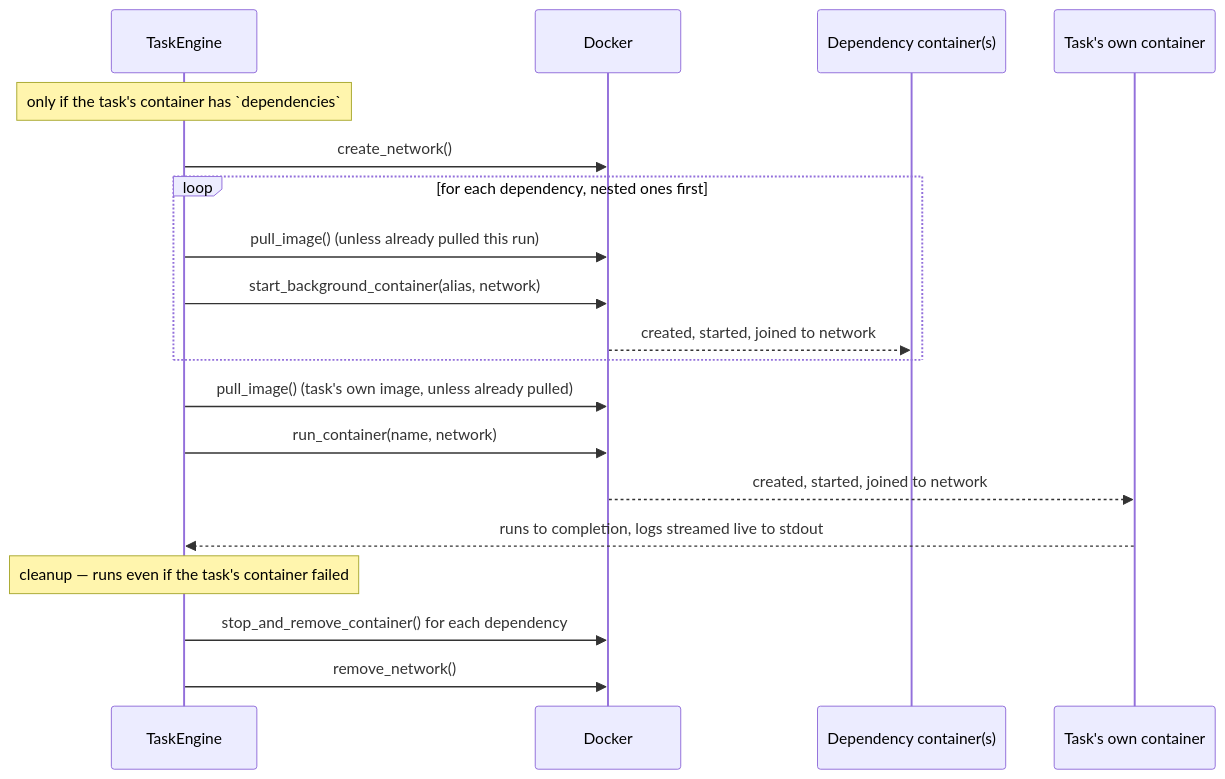
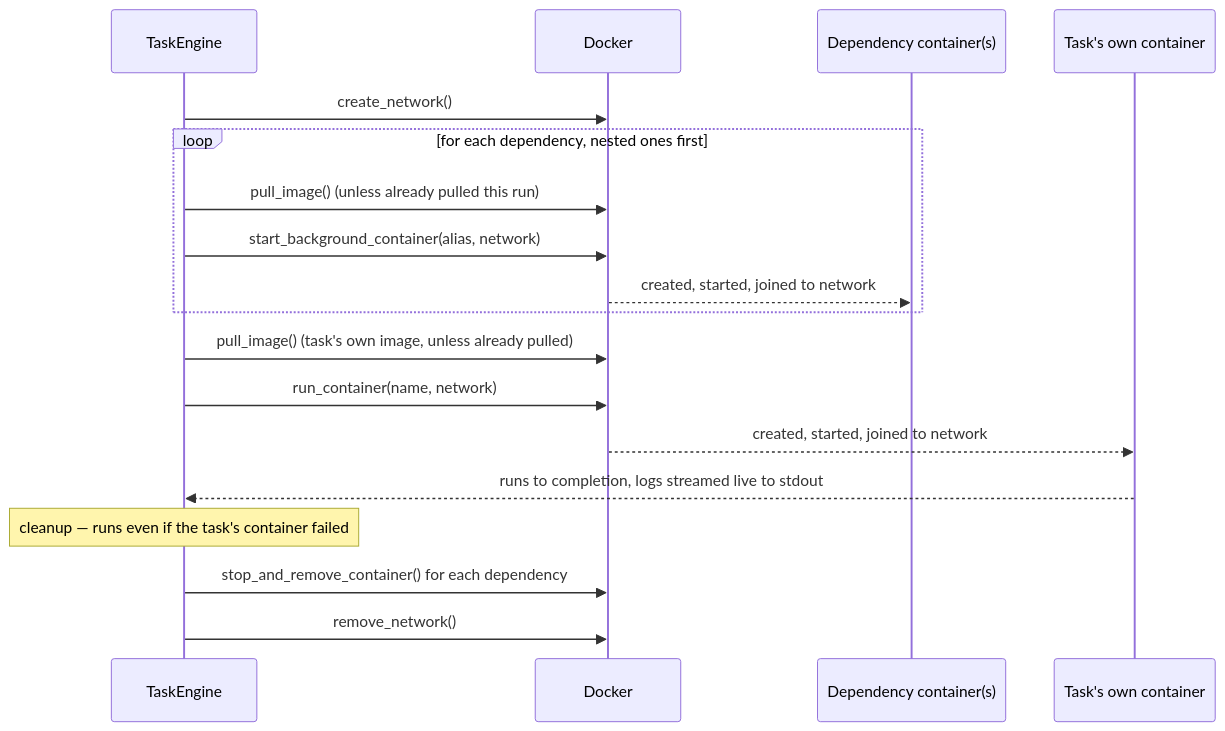
One commit to or1can/ratect changed the first of 2 diagrams in docs/task-lifecycle.md. Above: the diagram before and after it, drawn with Mermaid. The commit also changed other lines of this file and 4 other files, not shown here.

First line of the commit message:
fix: give every task its own isolated network, not just ones with dependencies

````diff
--- a/docs/task-lifecycle.md
+++ b/docs/task-lifecycle.md
@@ -42,25 +45,24 @@
 ```mermaid
 sequenceDiagram
     participant Engine as TaskEngine
     participant Docker
     participant Dep as Dependency container(s)
     participant Main as Task's own container
 
-    Note over Engine: only if the task's container has `dependencies`
     Engine->>Docker: create_network()
 
     loop for each dependency, nested ones first
         Engine->>Docker: pull_image() (unless already pulled this run)
         Engine->>Docker: start_background_container(alias, network)
         Docker-->>Dep: created, started, joined to network
     end
 
     Engine->>Docker: pull_image() (task's own image, unless already pulled)
     Engine->>Docker: run_container(name, network)
     Docker-->>Main: created, started, joined to network
     Main-->>Engine: runs to completion, logs streamed live to stdout
 
     Note over Engine: cleanup — runs even if the task's container failed
     Engine->>Docker: stop_and_remove_container() for each dependency
     Engine->>Docker: remove_network()
 ```
````
